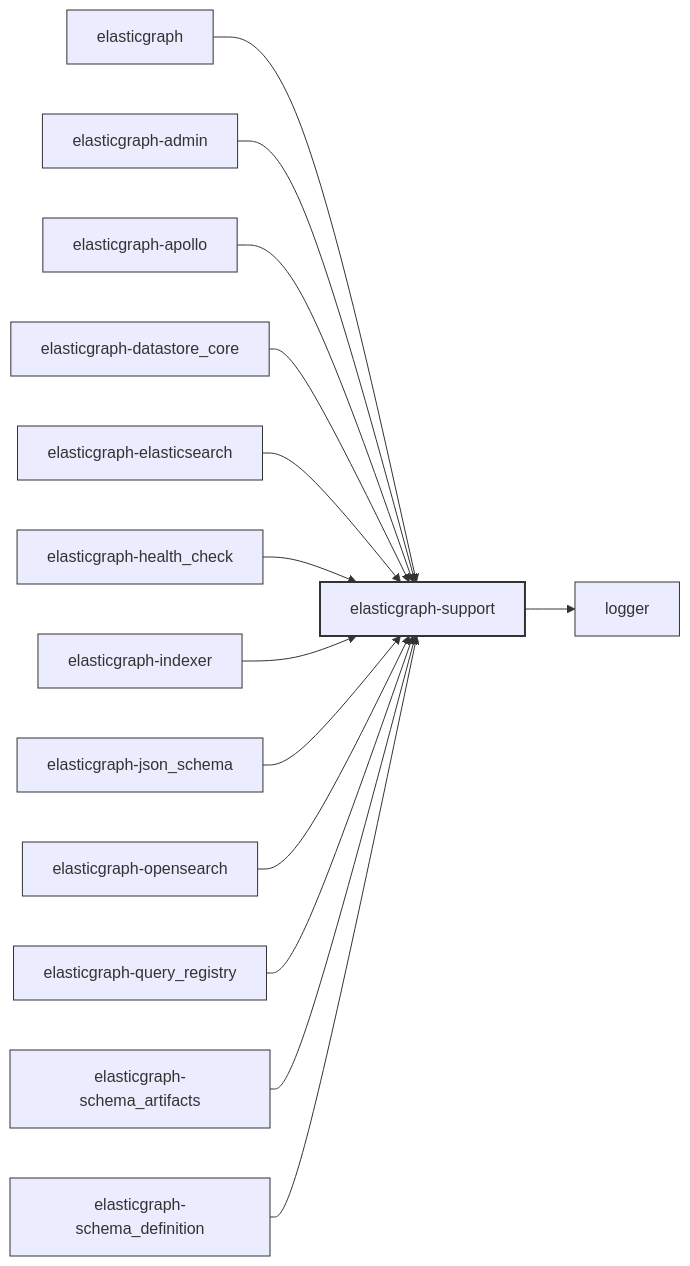
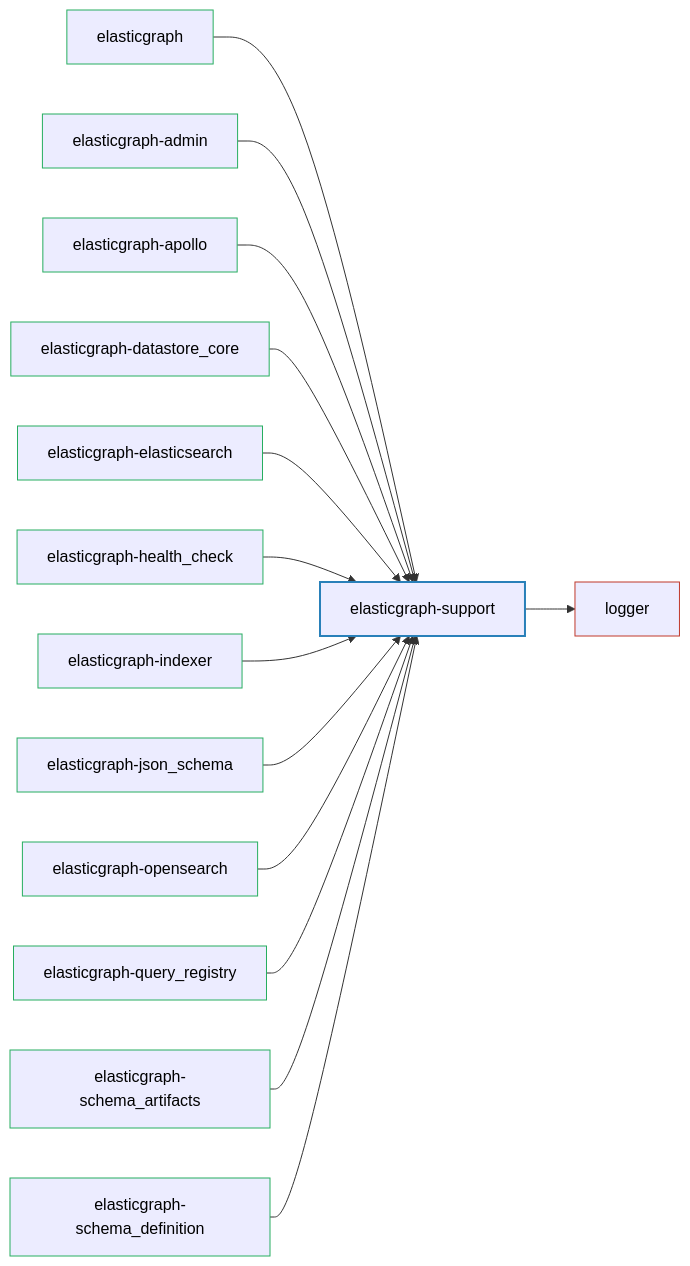
One commit to block/elasticgraph changed the diagram in elasticgraph-support/README.md. Above: the diagram before and after it, drawn with Mermaid. The commit also changed 21 other files, not shown here.

````diff
--- a/elasticgraph-support/README.md
+++ b/elasticgraph-support/README.md
@@ -11,34 +11,44 @@
 ```mermaid
 graph LR;
+    elasticgraph-support["elasticgraph-support"];
+    logger["logger"];
     elasticgraph-support --> logger;
+    elasticgraph["elasticgraph"];
     elasticgraph --> elasticgraph-support;
+    elasticgraph-admin["elasticgraph-admin"];
     elasticgraph-admin --> elasticgraph-support;
+    elasticgraph-apollo["elasticgraph-apollo"];
     elasticgraph-apollo --> elasticgraph-support;
+    elasticgraph-datastore_core["elasticgraph-datastore_core"];
     elasticgraph-datastore_core --> elasticgraph-support;
+    elasticgraph-elasticsearch["elasticgraph-elasticsearch"];
     elasticgraph-elasticsearch --> elasticgraph-support;
+    elasticgraph-health_check["elasticgraph-health_check"];
     elasticgraph-health_check --> elasticgraph-support;
+    elasticgraph-indexer["elasticgraph-indexer"];
     elasticgraph-indexer --> elasticgraph-support;
+    elasticgraph-json_schema["elasticgraph-json_schema"];
     elasticgraph-json_schema --> elasticgraph-support;
+    elasticgraph-opensearch["elasticgraph-opensearch"];
     elasticgraph-opensearch --> elasticgraph-support;
+    elasticgraph-query_registry["elasticgraph-query_registry"];
     elasticgraph-query_registry --> elasticgraph-support;
+    elasticgraph-schema_artifacts["elasticgraph-schema_artifacts"];
     elasticgraph-schema_artifacts --> elasticgraph-support;
+    elasticgraph-schema_definition["elasticgraph-schema_definition"];
     elasticgraph-schema_definition --> elasticgraph-support;
-    classDef currentGemStyle fill:#lightblue,stroke:#333,stroke-width:2px;
-    classDef internalEgGemStyle fill:#lightgreen,stroke:#333,stroke-width:1px;
-    classDef externalGemStyle fill:#lightcoral,stroke:#333,stroke-width:1px;
-    classDef placeholderNodeStyle fill:#eee,stroke:#333,stroke-width:1px;
-    class elasticgraph-support currentGemStyle;
-    class logger externalGemStyle;
-    class elasticgraph internalEgGemStyle;
-    class elasticgraph-admin internalEgGemStyle;
-    class elasticgraph-apollo internalEgGemStyle;
-    class elasticgraph-datastore_core internalEgGemStyle;
-    class elasticgraph-elasticsearch internalEgGemStyle;
-    class elasticgraph-health_check internalEgGemStyle;
-    class elasticgraph-indexer internalEgGemStyle;
-    class elasticgraph-json_schema internalEgGemStyle;
-    class elasticgraph-opensearch internalEgGemStyle;
-    class elasticgraph-query_registry internalEgGemStyle;
-    class elasticgraph-schema_artifacts internalEgGemStyle;
-    class elasticgraph-schema_definition internalEgGemStyle;
+    style elasticgraph-support fill:#lightblue,stroke:#2980b9,stroke-width:2px,color:#000;
+    style logger fill:#lightcoral,stroke:#c0392b,stroke-width:1px,color:#000;
+    style elasticgraph fill:#lightgreen,stroke:#27ae60,stroke-width:1px,color:#000;
+    style elasticgraph-admin fill:#lightgreen,stroke:#27ae60,stroke-width:1px,color:#000;
+    style elasticgraph-apollo fill:#lightgreen,stroke:#27ae60,stroke-width:1px,color:#000;
+    style elasticgraph-datastore_core fill:#lightgreen,stroke:#27ae60,stroke-width:1px,color:#000;
+    style elasticgraph-elasticsearch fill:#lightgreen,stroke:#27ae60,stroke-width:1px,color:#000;
+    style elasticgraph-health_check fill:#lightgreen,stroke:#27ae60,stroke-width:1px,color:#000;
+    style elasticgraph-indexer fill:#lightgreen,stroke:#27ae60,stroke-width:1px,color:#000;
+    style elasticgraph-json_schema fill:#lightgreen,stroke:#27ae60,stroke-width:1px,color:#000;
+    style elasticgraph-opensearch fill:#lightgreen,stroke:#27ae60,stroke-width:1px,color:#000;
+    style elasticgraph-query_registry fill:#lightgreen,stroke:#27ae60,stroke-width:1px,color:#000;
+    style elasticgraph-schema_artifacts fill:#lightgreen,stroke:#27ae60,stroke-width:1px,color:#000;
+    style elasticgraph-schema_definition fill:#lightgreen,stroke:#27ae60,stroke-width:1px,color:#000;
 ```
````
